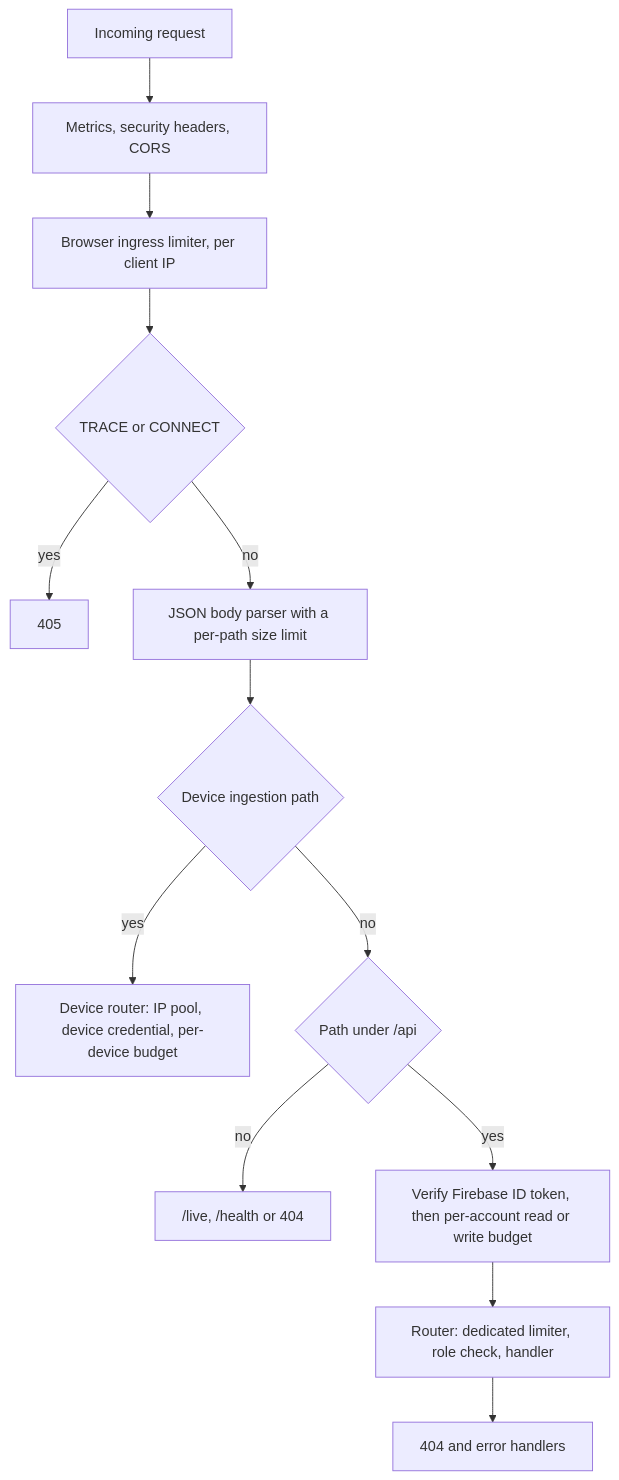
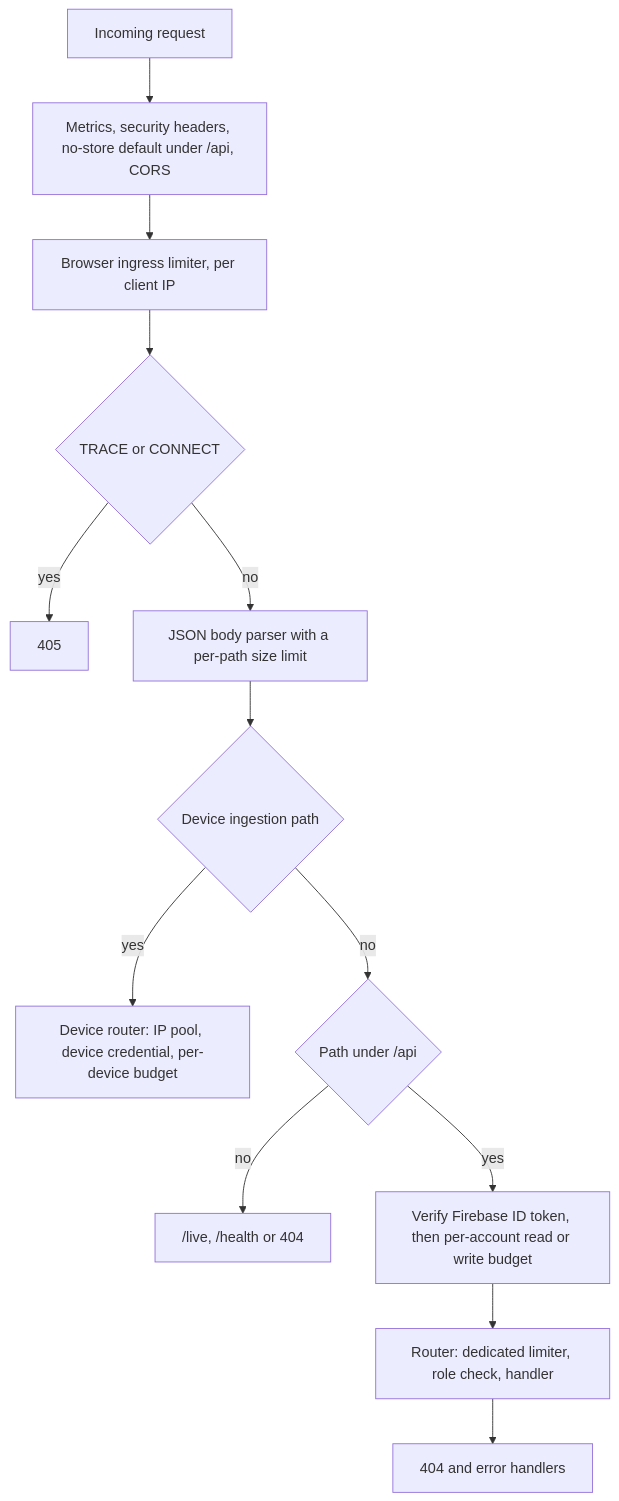
One commit to notnamansinha/Eki changed the diagram in backend/API.md. Above: the diagram before and after it, drawn with Mermaid. The commit also changed other lines of this file and 112 other files, not shown here.

````diff
--- a/backend/API.md
+++ b/backend/API.md
@@ -50,15 +50,15 @@
 ```mermaid
 flowchart TD
-    A[Incoming request] --> B[Metrics, security headers, CORS]
+    A[Incoming request] --> B[Metrics, security headers, no-store default under /api, CORS]
     B --> C[Browser ingress limiter, per client IP]
     C --> D{TRACE or CONNECT}
     D -- yes --> D1[405]
     D -- no --> E[JSON body parser with a per-path size limit]
     E --> F{Device ingestion path}
     F -- yes --> G[Device router: IP pool, device credential, per-device budget]
     F -- no --> H{Path under /api}
     H -- no --> I["/live, /health or 404"]
     H -- yes --> J[Verify Firebase ID token, then per-account read or write budget]
     J --> K[Router: dedicated limiter, role check, handler]
     K --> L[404 and error handlers]
 ```
````
